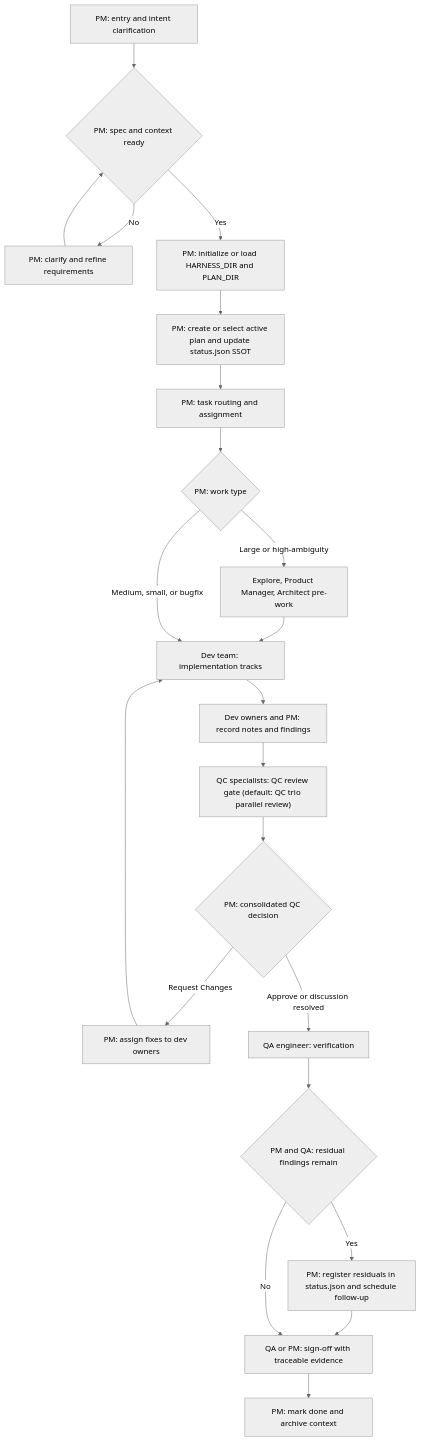
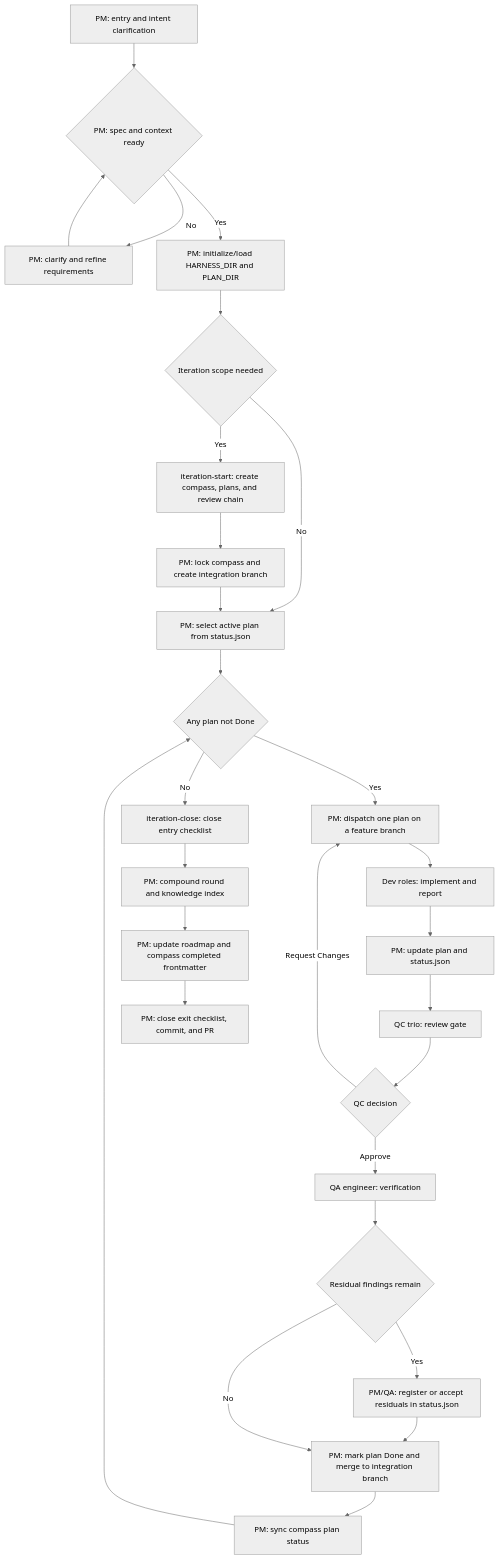
One commit to btspoony/mstar-harness changed the diagram in README.md. Above: the diagram before and after it, drawn with Mermaid (neutral theme). The commit also changed other lines of this file and 7 other files, not shown here.

Commit message:
Refine iteration-close harness docs and commands

````diff
--- a/README.md
+++ b/README.md
@@ -147,24 +148,30 @@
 ```mermaid
 flowchart TD
     A["PM: entry and intent clarification"] --> B{"PM: spec and context ready"}
     B -->|No| C["PM: clarify and refine requirements"]
     C --> B
-    B -->|Yes| D["PM: initialize or load HARNESS_DIR and PLAN_DIR"]
-    D --> E["PM: create or select active plan and update status.json SSOT"]
-    E --> F["PM: task routing and assignment"]
-    F --> G{"PM: work type"}
-    G -->|Large or high-ambiguity| H["Explore, Product Manager, Architect pre-work"]
-    H --> I["Dev team: implementation tracks"]
-    G -->|Medium, small, or bugfix| I
-    I --> J["Dev owners and PM: record notes and findings"]
-    J --> K["QC specialists: QC review gate (default: QC trio parallel review)"]
-    K --> L{"PM: consolidated QC decision"}
-    L -->|Request Changes| M["PM: assign fixes to dev owners"]
-    M --> I
-    L -->|Approve or discussion resolved| N["QA engineer: verification"]
-    N --> O{"PM and QA: residual findings remain"}
-    O -->|Yes| P["PM: register residuals in status.json and schedule follow-up"]
-    P --> Q["QA or PM: sign-off with traceable evidence"]
-    O -->|No| Q
-    Q --> R["PM: mark done and archive context"]
+    B -->|Yes| D["PM: initialize/load HARNESS_DIR and PLAN_DIR"]
+    D --> E{"Iteration scope needed"}
+    E -->|Yes| F["iteration-start: create compass, plans, and review chain"]
+    F --> G["PM: lock compass and create integration branch"]
+    E -->|No| H["PM: select active plan from status.json"]
+    G --> H
+    H --> I{"Any plan not Done"}
+    I -->|Yes| J["PM: dispatch one plan on a feature branch"]
+    J --> K["Dev roles: implement and report"]
+    K --> L["PM: update plan and status.json"]
+    L --> M["QC trio: review gate"]
+    M --> N{"QC decision"}
+    N -->|Request Changes| J
+    N -->|Approve| O["QA engineer: verification"]
+    O --> P{"Residual findings remain"}
+    P -->|Yes| Q["PM/QA: register or accept residuals in status.json"]
+    Q --> R["PM: mark plan Done and merge to integration branch"]
+    P -->|No| R
+    R --> S["PM: sync compass plan status"]
+    S --> I
+    I -->|No| T["iteration-close: close entry checklist"]
+    T --> U["PM: compound round and knowledge index"]
+    U --> V["PM: update roadmap and compass completed frontmatter"]
+    V --> W["PM: close exit checklist, commit, and PR"]
 ```
````
